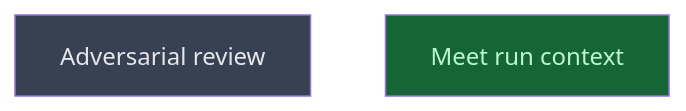
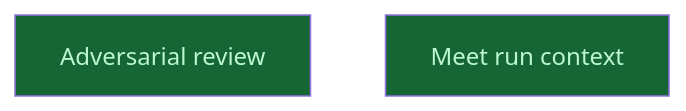
Before and after one commit to CrackingShells/Candler: the diagram in __roadmap__/m6_5-agent-config/installed/proved/reviewed/README.md, drawn with Mermaid. The commit also changed other lines of this file and 10 other files, not shown here.

````diff
--- a/__roadmap__/m6_5-agent-config/installed/proved/reviewed/README.md
+++ b/__roadmap__/m6_5-agent-config/installed/proved/reviewed/README.md
@@ -16,10 +16,10 @@
 ```mermaid
 graph TD
-    adversarial_review[Adversarial review]:::planned
+    adversarial_review[Adversarial review]:::done
     meet_run_context[Meet run context]:::done
     classDef done       fill:#166534,color:#bbf7d0
     classDef inprogress fill:#854d0e,color:#fef08a
     classDef planned    fill:#374151,color:#e5e7eb
     classDef amendment  fill:#1e3a5f,color:#bfdbfe
     classDef blocked    fill:#7f1d1d,color:#fecaca
 ```
````
